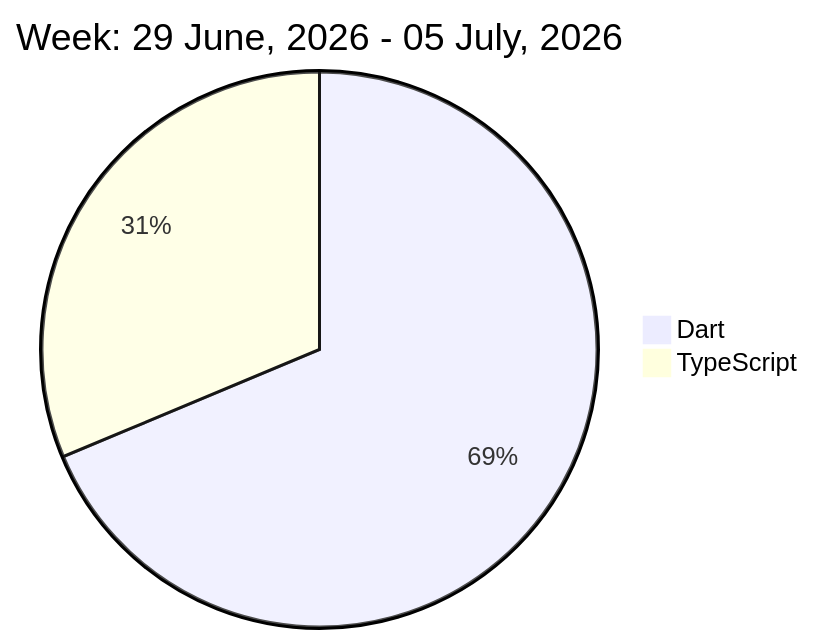
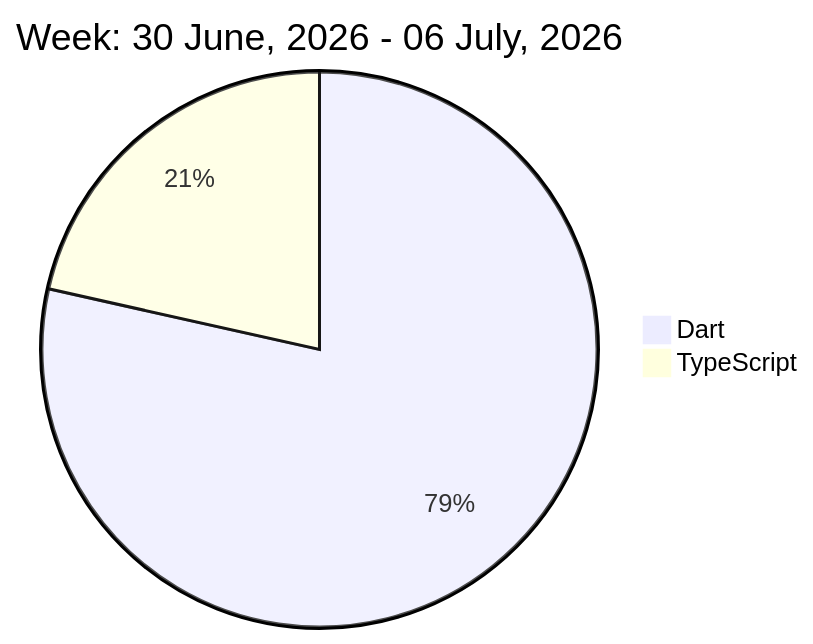
One commit to liubin95/liubin95 changed the diagram in README.md. Above: the diagram before and after it, drawn with Mermaid.

Commit message:
Updated the Graph with new Metrics

````diff
--- a/README.md
+++ b/README.md
@@ -32,6 +32,6 @@
 ```mermaid
  pie
-title Week: 29 June, 2026 - 05 July, 2026
- "Dart" : 6.87
- "TypeScript" : 3.13
+title Week: 30 June, 2026 - 06 July, 2026
+ "Dart" : 10.85
+ "TypeScript" : 2.97
 ```
````
